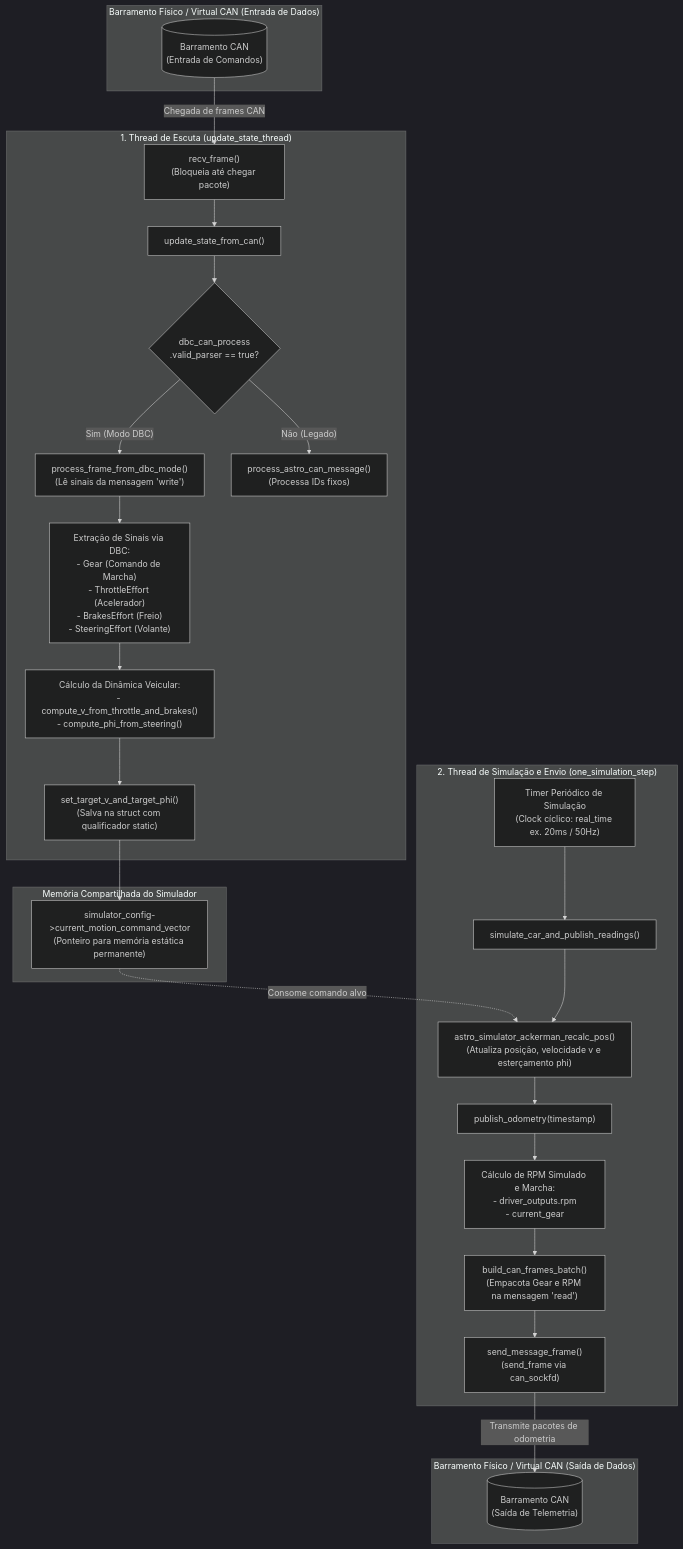
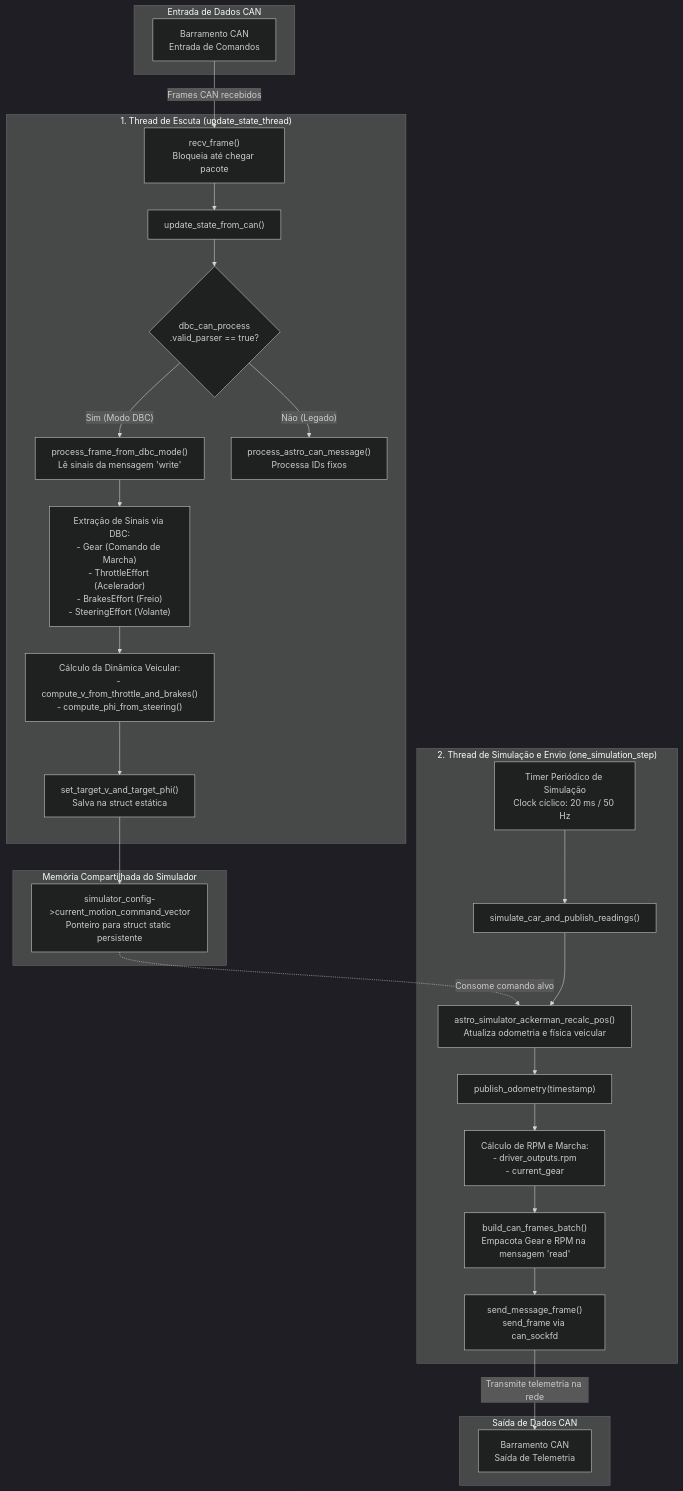
The diagram in README.md (BrenoCSilva/lume), drawn with Mermaid (dark theme) before and after one commit.

````diff
--- a/README.md
+++ b/README.md
@@ -40,42 +40,42 @@
 ```mermaid
 flowchart TD
-    subgraph EntradaCAN["Barramento Físico / Virtual CAN (Entrada de Dados)"]
-        CAN_IN[("Barramento CAN<br/>(Entrada de Comandos)")]
+    subgraph EntradaCAN ["Entrada de Dados CAN"]
+        CAN_IN["Barramento CAN<br/>Entrada de Comandos"]
     end
 
-    CAN_IN -->|"Chegada de frames CAN"| RECV["recv_frame()<br/>(Bloqueia até chegar pacote)"]
+    CAN_IN -->|"Frames CAN recebidos"| RECV["recv_frame()<br/>Bloqueia até chegar pacote"]
 
-    subgraph ThreadEscuta["1. Thread de Escuta (update_state_thread)"]
+    subgraph ThreadEscuta ["1. Thread de Escuta (update_state_thread)"]
         RECV --> UPDATE["update_state_from_can()"]
         UPDATE --> PARSER_CHECK{"dbc_can_process<br/>.valid_parser == true?"}
         
-        PARSER_CHECK -- "Sim (Modo DBC)" --> PROC_DBC["process_frame_from_dbc_mode()<br/>(Lê sinais da mensagem 'write')"]
-        PARSER_CHECK -- "Não (Legado)" --> PROC_LEGACY["process_astro_can_message()<br/>(Processa IDs fixos)"]
+        PARSER_CHECK -- "Sim (Modo DBC)" --> PROC_DBC["process_frame_from_dbc_mode()<br/>Lê sinais da mensagem 'write'"]
+        PARSER_CHECK -- "Não (Legado)" --> PROC_LEGACY["process_astro_can_message()<br/>Processa IDs fixos"]
 
         PROC_DBC --> EXTRACT["Extração de Sinais via DBC:<br/>- Gear (Comando de Marcha)<br/>- ThrottleEffort (Acelerador)<br/>- BrakesEffort (Freio)<br/>- SteeringEffort (Volante)"]
         EXTRACT --> CALC_DYN["Cálculo da Dinâmica Veicular:<br/>- compute_v_from_throttle_and_brakes()<br/>- compute_phi_from_steering()"]
-        CALC_DYN --> SET_TARGET["set_target_v_and_target_phi()<br/>(Salva na struct com qualificador static)"]
+        CALC_DYN --> SET_TARGET["set_target_v_and_target_phi()<br/>Salva na struct estática"]
     end
 
-    subgraph MemoriaCompartilhada["Memória Compartilhada do Simulador"]
-        SET_TARGET --> MEM["simulator_config->current_motion_command_vector<br/>(Ponteiro para memória estática permanente)"]
+    subgraph MemoriaCompartilhada ["Memória Compartilhada do Simulador"]
+        SET_TARGET --> MEM["simulator_config->current_motion_command_vector<br/>Ponteiro para struct static persistente"]
     end
 
-    subgraph ThreadSimulacao["2. Thread de Simulação e Envio (one_simulation_step)"]
-        TIMER["Timer Periódico de Simulação<br/>(Clock cíclico: real_time ex. 20ms / 50Hz)"] --> SIM_STEP["simulate_car_and_publish_readings()"]
+    subgraph ThreadSimulacao ["2. Thread de Simulação e Envio (one_simulation_step)"]
+        TIMER["Timer Periódico de Simulação<br/>Clock cíclico: 20 ms / 50 Hz"] --> SIM_STEP["simulate_car_and_publish_readings()"]
         
-        MEM -.->|"Consome comando alvo"| RECALC["astro_simulator_ackerman_recalc_pos()<br/>(Atualiza posição, velocidade v e esterçamento phi)"]
+        MEM -.->|"Consome comando alvo"| RECALC["astro_simulator_ackerman_recalc_pos()<br/>Atualiza odometria e física veicular"]
         SIM_STEP --> RECALC
         
         RECALC --> PUB_ODO["publish_odometry(timestamp)"]
-        PUB_ODO --> CALC_RPM["Cálculo de RPM Simulado e Marcha:<br/>- driver_outputs.rpm<br/>- current_gear"]
-        CALC_RPM --> BATCH["build_can_frames_batch()<br/>(Empacota Gear e RPM na mensagem 'read')"]
-        BATCH --> SEND["send_message_frame()<br/>(send_frame via can_sockfd)"]
+        PUB_ODO --> CALC_RPM["Cálculo de RPM e Marcha:<br/>- driver_outputs.rpm<br/>- current_gear"]
+        CALC_RPM --> BATCH["build_can_frames_batch()<br/>Empacota Gear e RPM na mensagem 'read'"]
+        BATCH --> SEND["send_message_frame()<br/>send_frame via can_sockfd"]
     end
 
-    subgraph SaidaCAN["Barramento Físico / Virtual CAN (Saída de Dados)"]
-        CAN_OUT[("Barramento CAN<br/>(Saída de Telemetria)")]
+    subgraph SaidaCAN ["Saída de Dados CAN"]
+        CAN_OUT["Barramento CAN<br/>Saída de Telemetria"]
     end
 
-    SEND -->|"Transmite pacotes de odometria"| CAN_OUT
+    SEND -->|"Transmite telemetria na rede"| CAN_OUT
 ```
````
